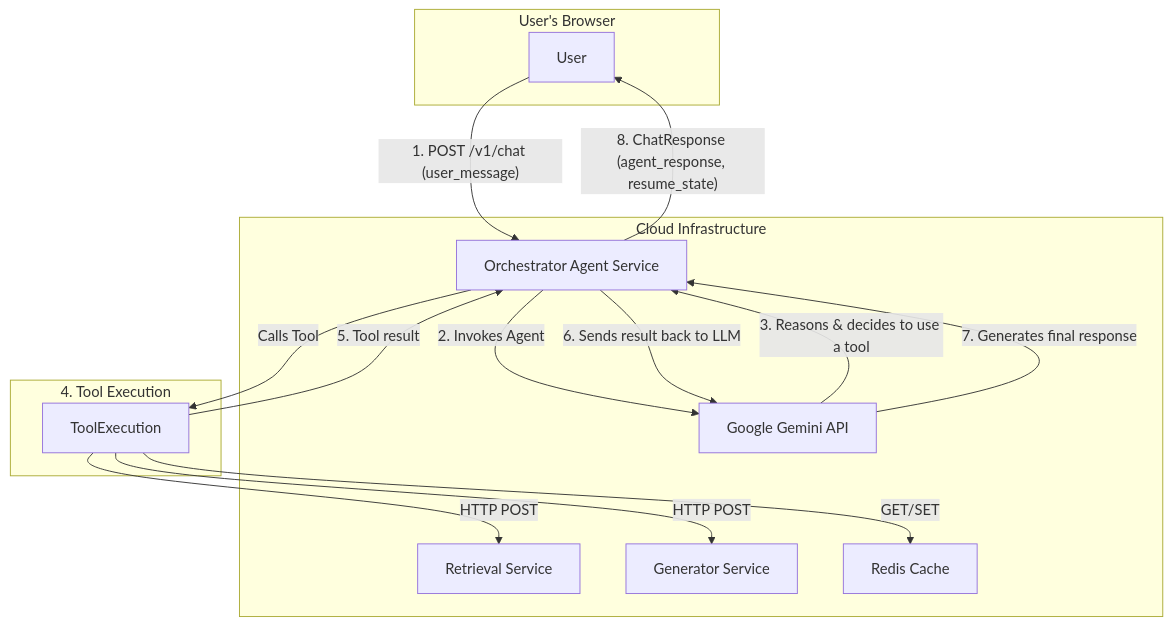
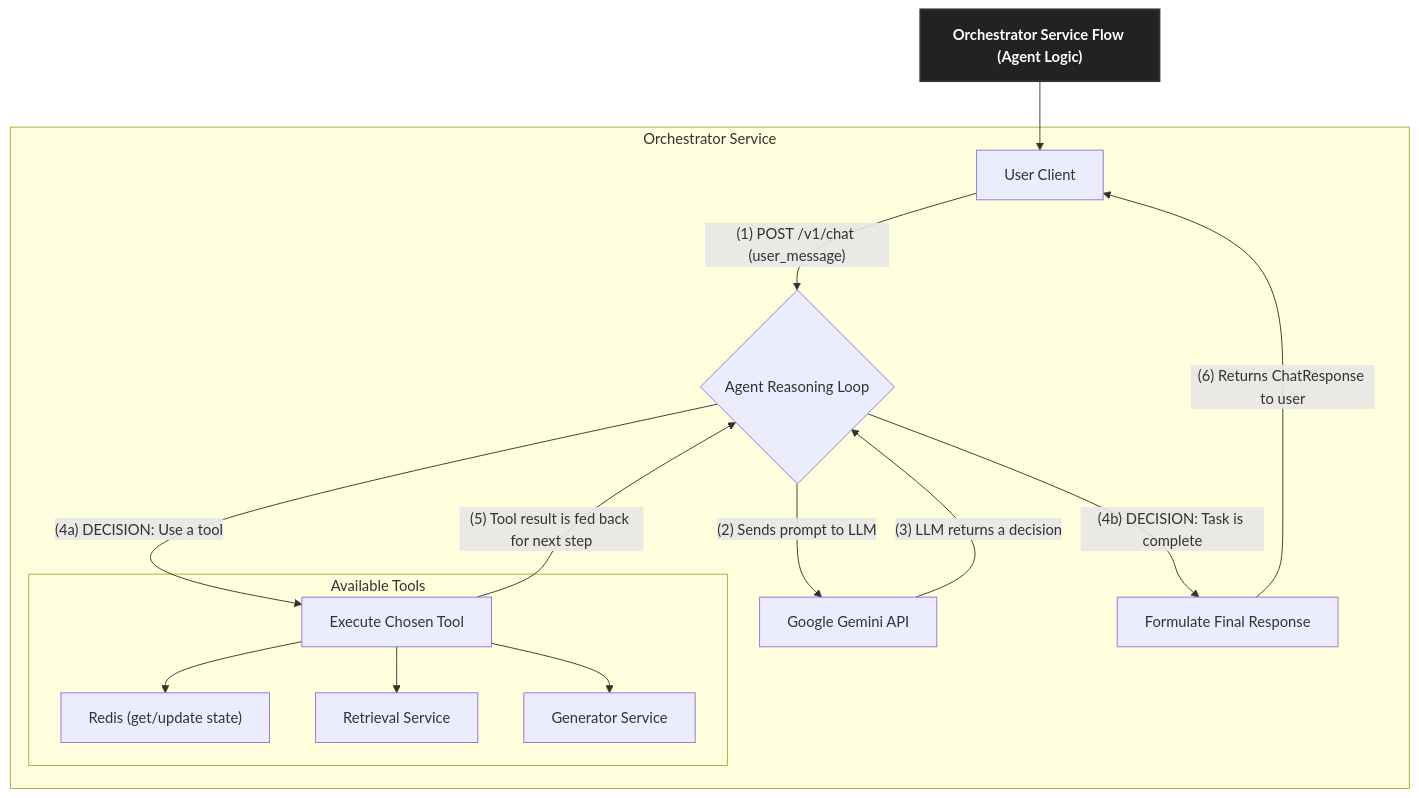
One commit to QuantumRebels/CVisionary changed the diagram in AI_Services/orchestrator/README.md. Above: the diagram before and after it, drawn with Mermaid.

Commit message:
Update Orchestrator README.md

````diff
--- a/AI_Services/orchestrator/README.md
+++ b/AI_Services/orchestrator/README.md
@@ -20,30 +20,29 @@
 ```mermaid
 graph TD
-    subgraph "User's Browser"
-        User
+    Title["<strong>Orchestrator Service Flow (Agent Logic)</strong>"]
+    style Title fill:#222,stroke:#333,stroke-width:2px,color:#fff
+
+    Title --> UserClient["User Client"]
+
+    subgraph Orchestrator Service
+        UserClient -- "(1) POST /v1/chat (user_message)" --> AgentReasoning{Agent Reasoning Loop}
+        
+        AgentReasoning -- "(2) Sends prompt to LLM" --> GeminiAPI["Google Gemini API"]
+        GeminiAPI -- "(3) LLM returns a decision" --> AgentReasoning
+
+        AgentReasoning -- "(4a) DECISION: Use a tool" --> ToolExecution["Execute Chosen Tool"]
+        
+        subgraph "Available Tools"
+            ToolExecution --> Redis["Redis (get/update state)"]
+            ToolExecution --> RetrievalService["Retrieval Service"]
+            ToolExecution --> GeneratorService["Generator Service"]
+        end
+        
+        %% The crucial loop back to continue the cycle
+        ToolExecution -- "(5) Tool result is fed back for next step" --> AgentReasoning
+        
+        %% The exit condition of the loop
+        AgentReasoning -- "(4b) DECISION: Task is complete" --> FinalResponse["Formulate Final Response"]
+        FinalResponse -- "(6) Returns ChatResponse to user" --> UserClient
     end
-
-    subgraph "Cloud Infrastructure"
-        OrchestratorService[Orchestrator Agent Service]
-        RetrievalService[Retrieval Service]
-        GeneratorService[Generator Service]
-        RedisCache[Redis Cache]
-        GoogleGeminiAPI[Google Gemini API]
-    end
-
-    User -- "1. POST /v1/chat (user_message)" --> OrchestratorService
-    OrchestratorService -- "2. Invokes Agent" --> GoogleGeminiAPI
-    GoogleGeminiAPI -- "3. Reasons & decides to use a tool" --> OrchestratorService
-
-    subgraph "4. Tool Execution"
-        OrchestratorService -- "Calls Tool" --> ToolExecution
-        ToolExecution -- "HTTP POST" --> RetrievalService
-        ToolExecution -- "HTTP POST" --> GeneratorService
-        ToolExecution -- "GET/SET" --> RedisCache
-    end
-
-    ToolExecution -- "5. Tool result" --> OrchestratorService
-    OrchestratorService -- "6. Sends result back to LLM" --> GoogleGeminiAPI
-    GoogleGeminiAPI -- "7. Generates final response" --> OrchestratorService
-    OrchestratorService -- "8. ChatResponse (agent_response, resume_state)" --> User
 ```
````
